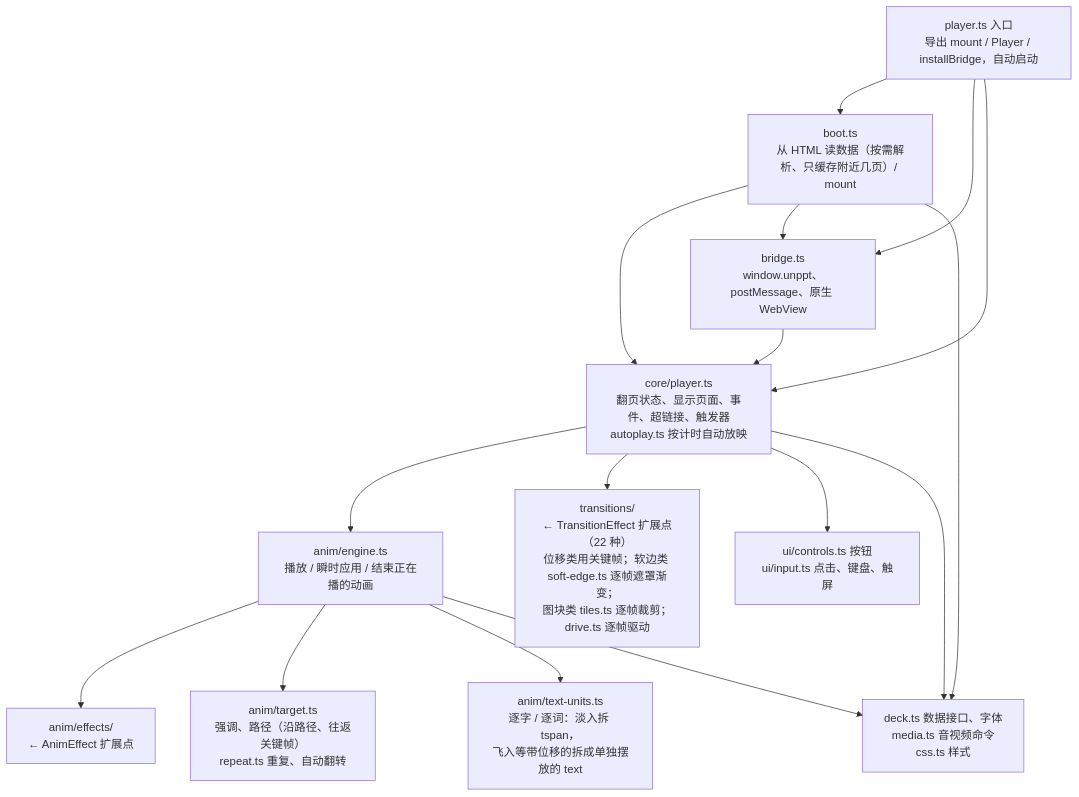
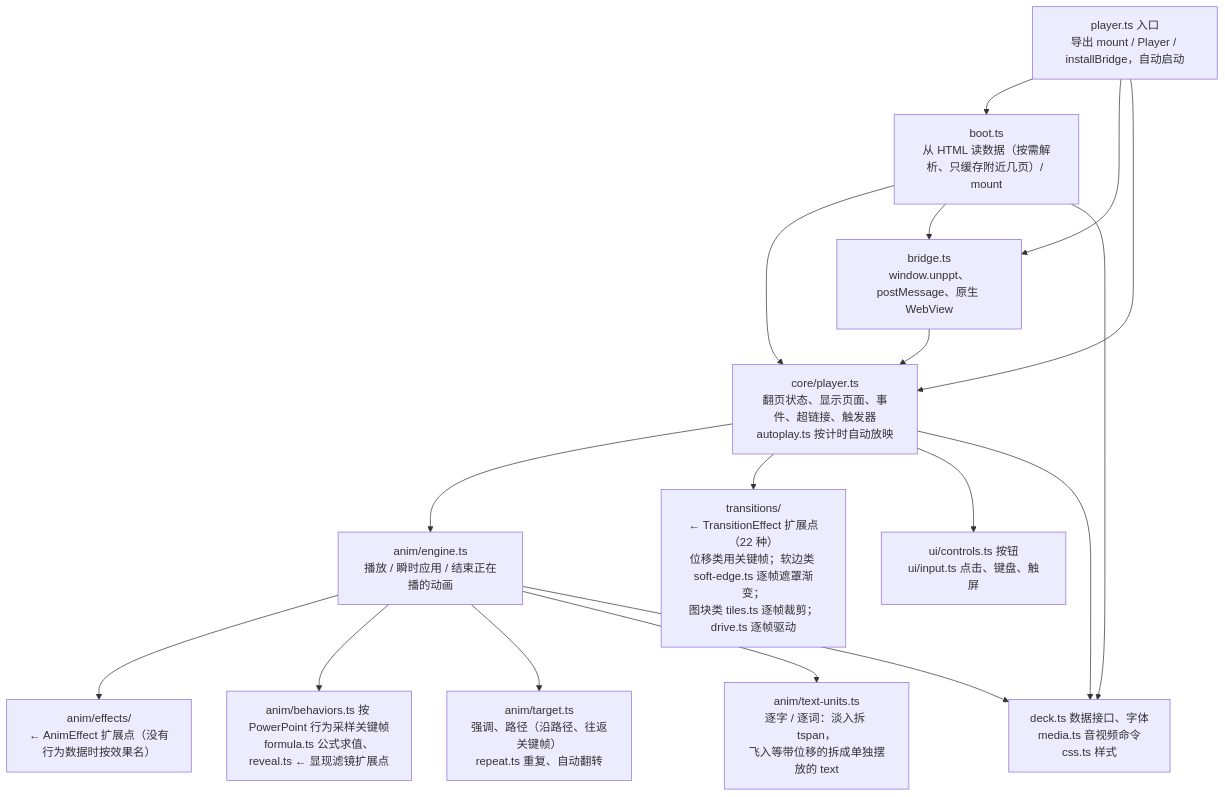
Before and after one commit to spitmaster/unppt: the third of 5 diagrams in docs/architecture.md, drawn with Mermaid. The commit also changed other lines of this file and 23 other files, not shown here.

First line of the commit message:
feat: 进入/退出动画按 PowerPoint 的行为播放

````diff
--- a/docs/architecture.md
+++ b/docs/architecture.md
@@ -71,19 +71,20 @@
 ```mermaid
 flowchart TB
   entry["player.ts 入口<br/>导出 mount / Player / installBridge，自动启动"]
   boot["boot.ts<br/>从 HTML 读数据（按需解析、只缓存附近几页）/ mount"]
   bridge["bridge.ts<br/>window.unppt、postMessage、原生 WebView"]
   core["core/player.ts<br/>翻页状态、显示页面、事件、超链接、触发器<br/>autoplay.ts 按计时自动放映"]
   engine["anim/engine.ts<br/>播放 / 瞬时应用 / 结束正在播的动画"]
-  effects["anim/effects/<br/>← AnimEffect 扩展点"]
+  effects["anim/effects/<br/>← AnimEffect 扩展点（没有行为数据时按效果名）"]
+  behav["anim/behaviors.ts 按 PowerPoint 行为采样关键帧<br/>formula.ts 公式求值、reveal.ts ← 显现滤镜扩展点"]
   target["anim/target.ts<br/>强调、路径（沿路径、往返关键帧）<br/>repeat.ts 重复、自动翻转"]
   units["anim/text-units.ts<br/>逐字 / 逐词：淡入拆 tspan，<br/>飞入等带位移的拆成单独摆放的 text"]
   trans["transitions/<br/>← TransitionEffect 扩展点（22 种）<br/>位移类用关键帧；软边类 soft-edge.ts 逐帧遮罩渐变；<br/>图块类 tiles.ts 逐帧裁剪；drive.ts 逐帧驱动"]
   ui["ui/controls.ts 按钮<br/>ui/input.ts 点击、键盘、触屏"]
   deck["deck.ts 数据接口、字体<br/>media.ts 音视频命令<br/>css.ts 样式"]
   entry --> boot & bridge & core
   boot --> core & bridge & deck
   bridge --> core
   core --> engine & trans & ui & deck
-  engine --> effects & target & units & deck
+  engine --> effects & behav & target & units & deck
 ```
````
